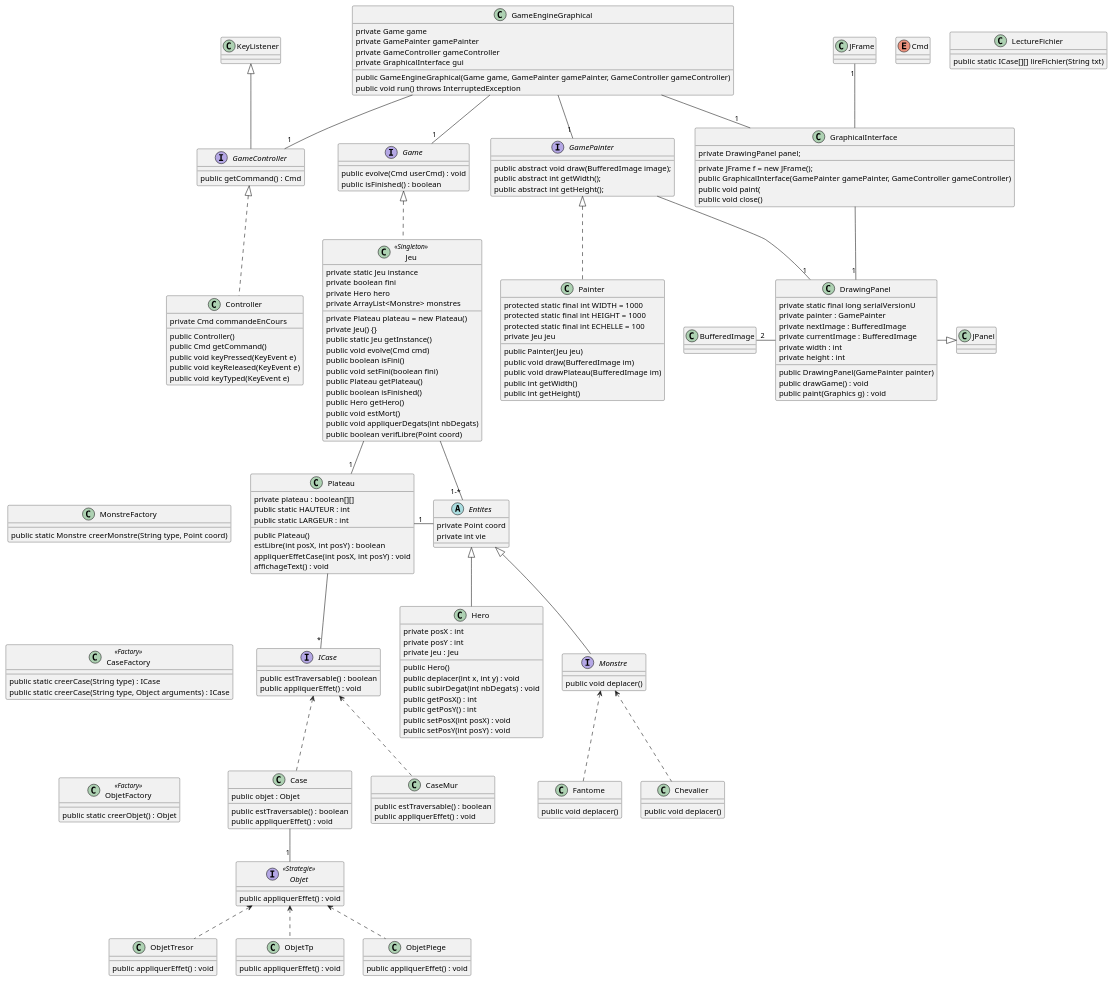
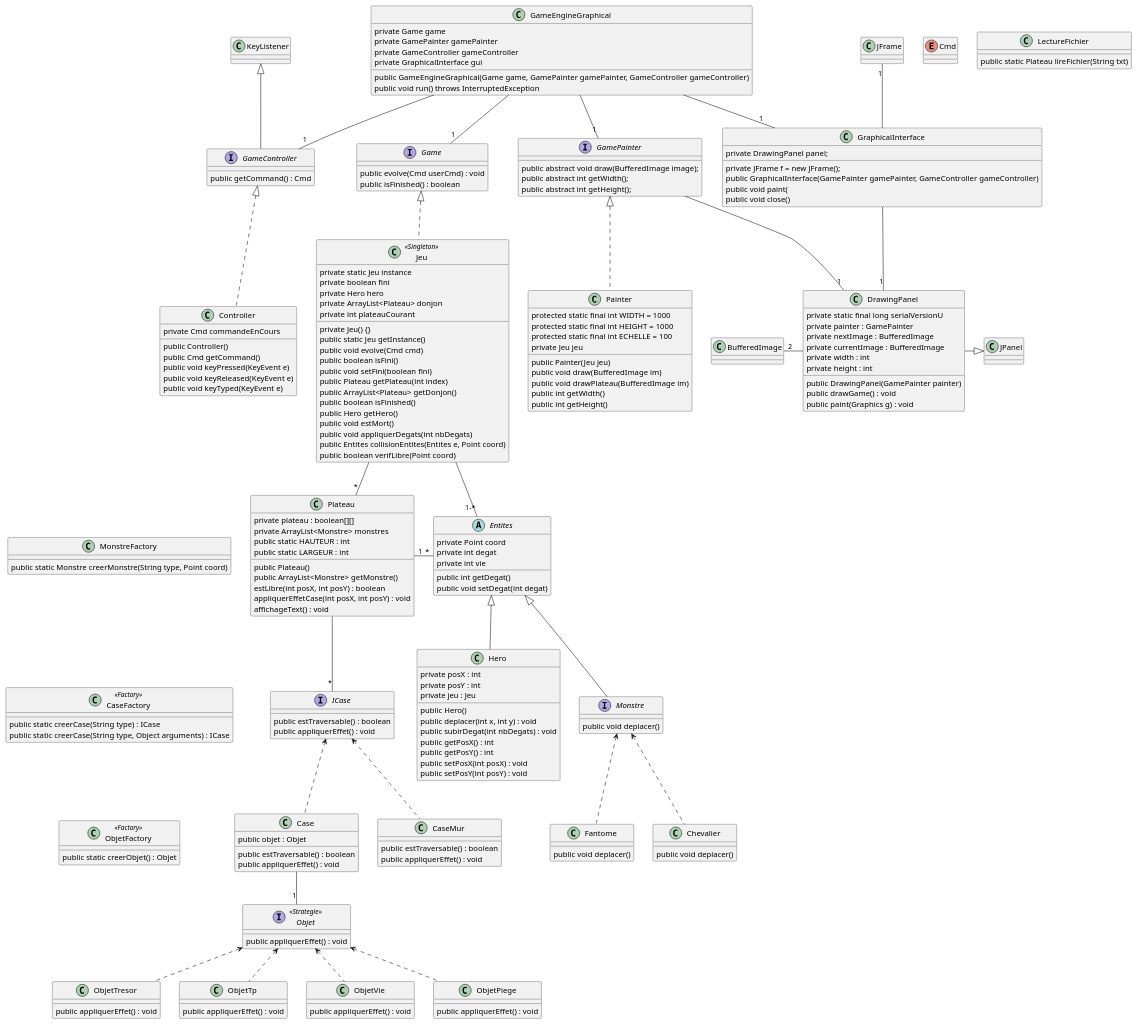
Before and after one commit to fujine/ACL2017_AbJoGuiQuen-: the diagram in Conception/Diagramme de classe.puml, drawn with PlantUML. The commit also changed 12 other files, not shown here.

```diff
--- a/Conception/Diagramme de classe.puml
+++ b/Conception/Diagramme de classe.puml
@@ -15,7 +15,10 @@
 
 	Abstract Entites {
 	    private Point coord
+	    private int degat
 	    private int vie
+	    public int getDegat()
+	    public void setDegat(int degat)
 	}
 
 	Class Chevalier {
@@ -23,7 +26,7 @@
 	}
 
 	Class Fantome {
-    	    public void deplacer()
+    	public void deplacer()
     }
 
 	Interface Monstre extends Entites{
@@ -32,10 +35,12 @@
 
 	Class Plateau {
         private plateau : boolean[][]
+        private ArrayList<Monstre> monstres
         public static HAUTEUR : int
         public static LARGEUR : int
 
         public Plateau()
+        public ArrayList<Monstre> getMonstre()
         estLibre(int posX, int posY) : boolean
         appliquerEffetCase(int posX, int posY) : void
         affichageText() : void
@@ -72,6 +77,10 @@
 	Class ObjetTp {
 	    public appliquerEffet() : void
 	}
+
+	Class ObjetVie {
+    	    public appliquerEffet() : void
+    }
 
 	Class Case {
 	    public objet : Objet
@@ -159,23 +168,25 @@
         private static Jeu instance
         private boolean fini
         private Hero hero
-        private ArrayList<Monstre> monstres
-        private Plateau plateau = new Plateau()
+        private ArrayList<Plateau> donjon
+        private int plateauCourant
         private Jeu() {}
         public static Jeu getInstance()
         public void evolve(Cmd cmd)
         public boolean isFini()
         public void setFini(boolean fini)
-        public Plateau getPlateau()
+        public Plateau getPlateau(int index)
+        public ArrayList<Plateau> getDonjon()
         public boolean isFinished()
         public Hero getHero()
         public void estMort()
         public void appliquerDegats(int nbDegats)
+        public Entites collisionEntites(Entites e, Point coord)
         public boolean verifLibre(Point coord)
     }
 
     class LectureFichier {
-         public static ICase[][] lireFichier(String txt)
+         public static Plateau lireFichier(String txt)
     }
 
     class MonstreFactory {
@@ -194,11 +205,12 @@
     ICase <.. CaseMur
     Objet <.. ObjetTresor
     Objet <.. ObjetTp
+    Objet <.. ObjetVie
     Case -- "1" Objet
     Plateau -- "*" ICase
-    Plateau "1" -right- Entites
+    Plateau "1" -right- "*" Entites
 	Jeu -down- "1-*" Entites
-	Jeu -down- "1" Plateau
+	Jeu -down- "*" Plateau
 	CaseFactory -[hidden]- ObjetFactory
 	JPanel <|-left- DrawingPanel
 	BufferedImage "2" -right- DrawingPanel
```
